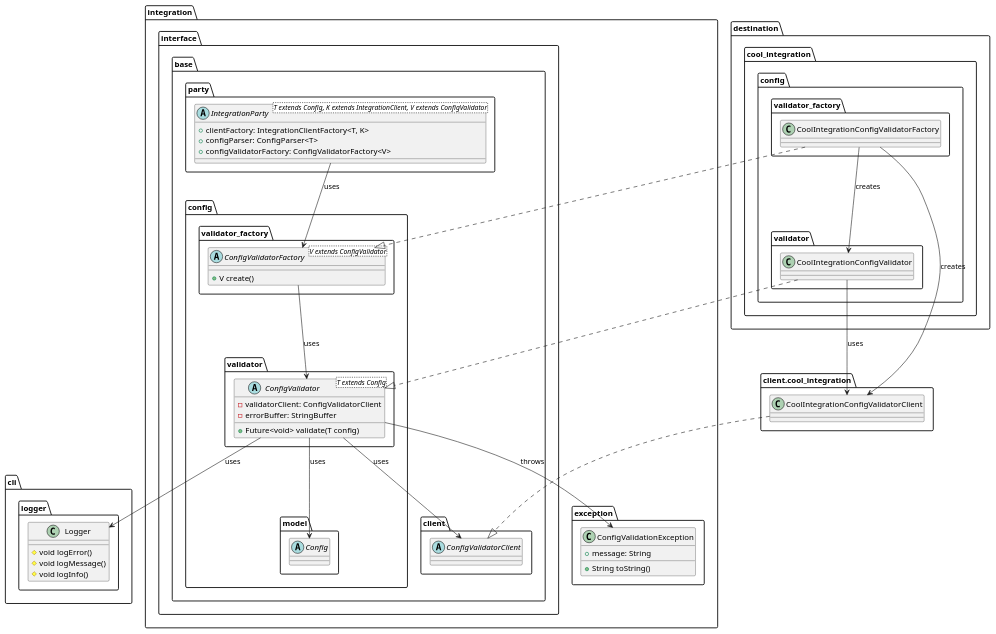
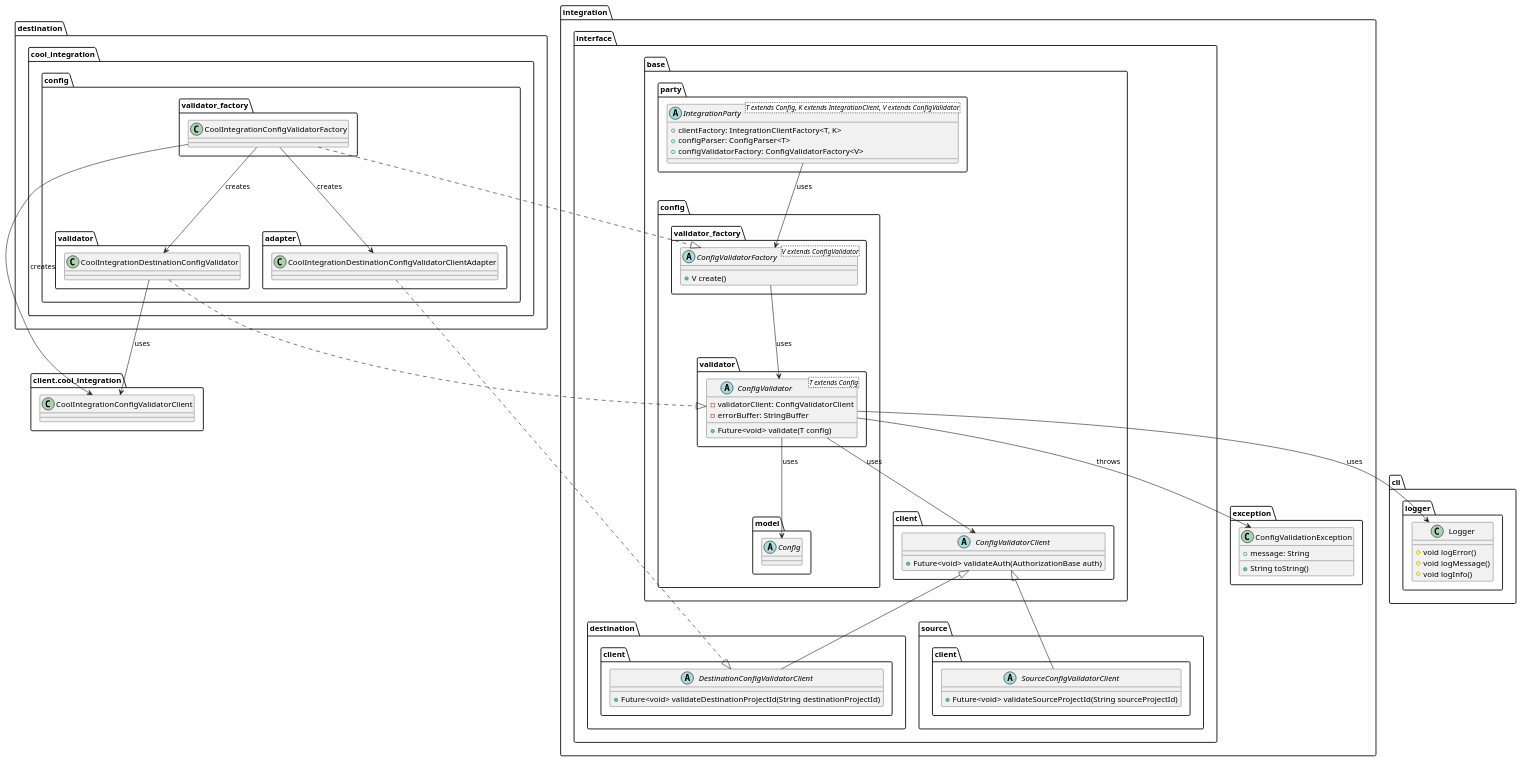
Before and after one commit to Flank/flank-dashboard: the diagram in metrics/ci_integrations/docs/diagrams/ci_integrations_config_validator_class_diagram.puml, drawn with PlantUML.

Commit message:
Extend diagrams

```diff
--- a/metrics/ci_integrations/docs/diagrams/ci_integrations_config_validator_class_diagram.puml
+++ b/metrics/ci_integrations/docs/diagrams/ci_integrations_config_validator_class_diagram.puml
@@ -1,86 +1,115 @@
 @startuml ci_integrations_config_validator_class_diagram
 
     package integration {
-        package interface.base {
-            package party {
-                abstract class IntegrationParty<T extends Config, K extends IntegrationClient, V extends ConfigValidator> {
-                    + clientFactory: IntegrationClientFactory<T, K>
-                    + configParser: ConfigParser<T>
-                    + configValidatorFactory: ConfigValidatorFactory<V>
+        package interface {
+            package base {
+                package party {
+                    abstract class IntegrationParty<T extends Config, K extends IntegrationClient, V extends ConfigValidator> {
+                        + clientFactory: IntegrationClientFactory<T, K>
+                        + configParser: ConfigParser<T>
+                        + configValidatorFactory: ConfigValidatorFactory<V>
+                    }
+                }
+
+                package client {
+                    abstract class ConfigValidatorClient {
+                        + Future<void> validateAuth(AuthorizationBase auth)
+                    }
+                }
+
+                package config {
+                    package model {
+                        abstract class Config {}
+                    }
+
+                    package validator {
+                        abstract class ConfigValidator<T extends Config> {
+                            - validatorClient: ConfigValidatorClient
+                            - errorBuffer: StringBuffer
+                            + Future<void> validate(T config)
+                        }
+                    }
+
+                    package validator_factory {
+                        abstract class ConfigValidatorFactory<V extends ConfigValidator> {
+                            + V create()
+                        }
+                    }
                 }
             }
 
-            package client {
-                abstract class ConfigValidatorClient {}
+            package source {
+                package client as source_client {
+                    abstract class SourceConfigValidatorClient {
+                        + Future<void> validateSourceProjectId(String sourceProjectId)
+                    }
+                }
             }
 
-            package config {
-                package model {
-                    abstract class Config {}
-                }
-
-                package validator {
-                    abstract class ConfigValidator<T extends Config> {
-                        - validatorClient: ConfigValidatorClient
-                        - errorBuffer: StringBuffer
-                        + Future<void> validate(T config)
-                    }
-                }
-
-                package validator_factory {
-                    abstract class ConfigValidatorFactory<V extends ConfigValidator> {
-                        + V create()
+            package destination {
+                package client as destination_client {
+                    abstract class DestinationConfigValidatorClient {
+                        + Future<void> validateDestinationProjectId(String destinationProjectId)
                     }
                 }
             }
         }
 
         package exception {
             class ConfigValidationException {
                 + message: String
                 + String toString()
             }
         }
     }
 
     package destination.cool_integration {
         package config as cool_integration_config {
             package validator as cool_integration_validator {
-                class CoolIntegrationConfigValidator {}
+                class CoolIntegrationDestinationConfigValidator {}
             }
 
             package validator_factory as cool_integration_validator_validator_factory {
                 class CoolIntegrationConfigValidatorFactory {}
+            }
+
+            package adapter {
+                class CoolIntegrationDestinationConfigValidatorClientAdapter {}
             }
         }
     }
 
      package client.cool_integration as client_cool_integration {
         class CoolIntegrationConfigValidatorClient {}
     }
 
     package cli.logger {
         class Logger {
             # void logError()
             # void logMessage()
             # void logInfo()
         }
     }
 
     IntegrationParty --> ConfigValidatorFactory : uses
 
     ConfigValidatorFactory --> ConfigValidator : uses
 
     ConfigValidator --> ConfigValidatorClient : uses
     ConfigValidator --> ConfigValidationException : throws
     ConfigValidator --> Logger : uses
     ConfigValidator --> Config : uses
 
-    CoolIntegrationConfigValidator ..|> ConfigValidator
-    CoolIntegrationConfigValidator --> CoolIntegrationConfigValidatorClient : uses
+    SourceConfigValidatorClient --up|> ConfigValidatorClient
+    DestinationConfigValidatorClient --up|> ConfigValidatorClient
+
+    CoolIntegrationDestinationConfigValidatorClientAdapter ..|> DestinationConfigValidatorClient
+
+    CoolIntegrationDestinationConfigValidator ..|> ConfigValidator
+    CoolIntegrationDestinationConfigValidator --> CoolIntegrationConfigValidatorClient : uses
     CoolIntegrationConfigValidatorFactory ..|> ConfigValidatorFactory
-    CoolIntegrationConfigValidatorFactory --> CoolIntegrationConfigValidator : creates
+    CoolIntegrationConfigValidatorFactory --> CoolIntegrationDestinationConfigValidator : creates
     CoolIntegrationConfigValidatorFactory --> CoolIntegrationConfigValidatorClient : creates
-    CoolIntegrationConfigValidatorClient ..|> ConfigValidatorClient
+    CoolIntegrationConfigValidatorFactory --> CoolIntegrationDestinationConfigValidatorClientAdapter : creates
 
 @enduml
```
